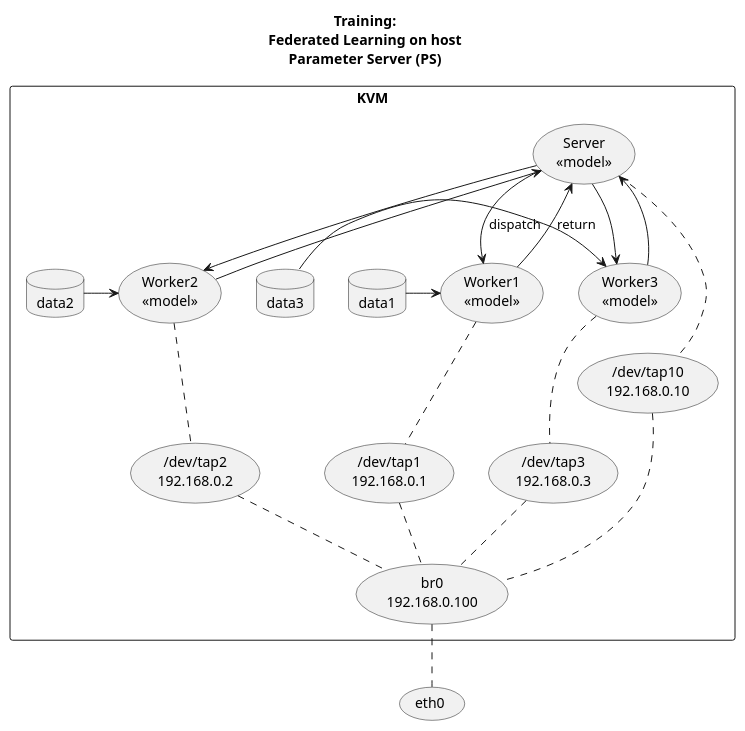
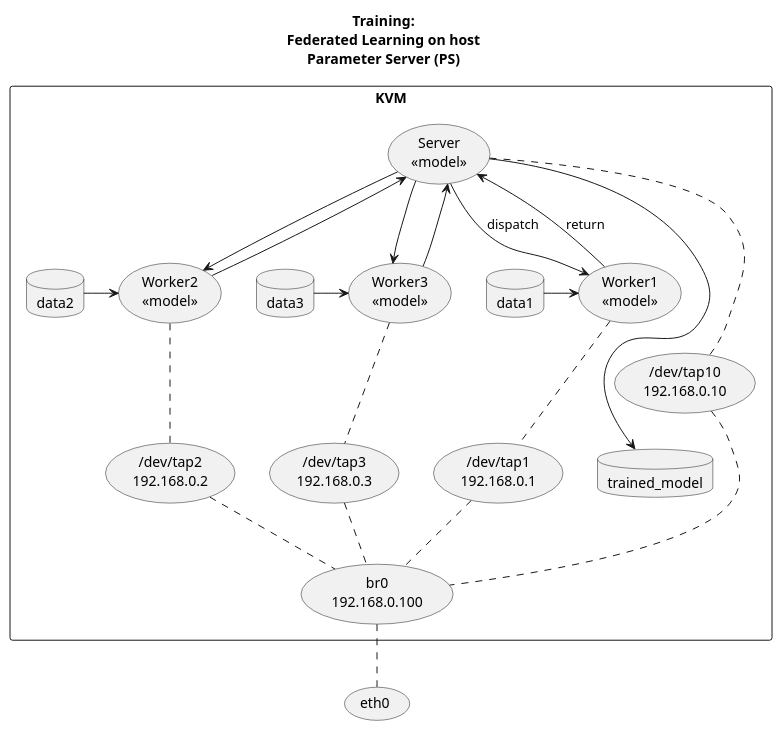
One commit to doyu/elc2019 changed the diagram in training-uc.puml. Above: the diagram before and after it, drawn with PlantUML. The commit also changed 1 other file, not shown here.

```diff
--- a/training-uc.puml
+++ b/training-uc.puml
@@ -1,35 +1,39 @@
 @startuml
 title Training:\nFederated Learning on host\nParameter Server (PS)
 
+
 rectangle KVM {
 
+database trained_model
 database data1
 database data2
 database data3
 
 (Server\n<<model>>) -> (Worker1\n<<model>>) : dispatch
 (Server\n<<model>>) -> (Worker2\n<<model>>)
 (Server\n<<model>>) -> (Worker3\n<<model>>)
 
-
 (Worker1\n<<model>>) --> (Server\n<<model>>) : return
 (Worker2\n<<model>>) --> (Server\n<<model>>)
 (Worker3\n<<model>>) --> (Server\n<<model>>)
 
 data1 -> (Worker1\n<<model>>)
 data2 -> (Worker2\n<<model>>)
 data3 -> (Worker3\n<<model>>)
+
+(Server\n<<model>>) ---> trained_model
 
 (Server\n<<model>>) .. (/dev/tap10\n192.168.0.10)
 (Worker1\n<<model>>) .. (/dev/tap1\n192.168.0.1)
 (Worker2\n<<model>>) .. (/dev/tap2\n192.168.0.2)
 (Worker3\n<<model>>) .. (/dev/tap3\n192.168.0.3)
 
 (/dev/tap1\n192.168.0.1)..(br0\n192.168.0.100)
 (/dev/tap2\n192.168.0.2)..(br0\n192.168.0.100)
 (/dev/tap3\n192.168.0.3)..(br0\n192.168.0.100)
 (/dev/tap10\n192.168.0.10)..(br0\n192.168.0.100)
 
 }
 (br0\n192.168.0.100)..(eth0)
+
 @enduml
```
